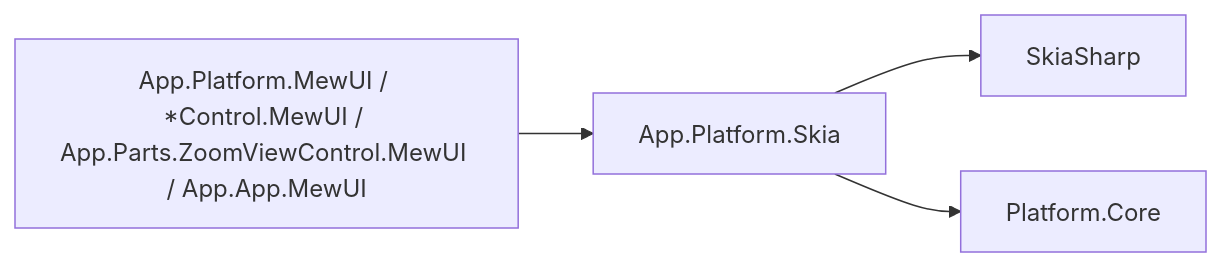
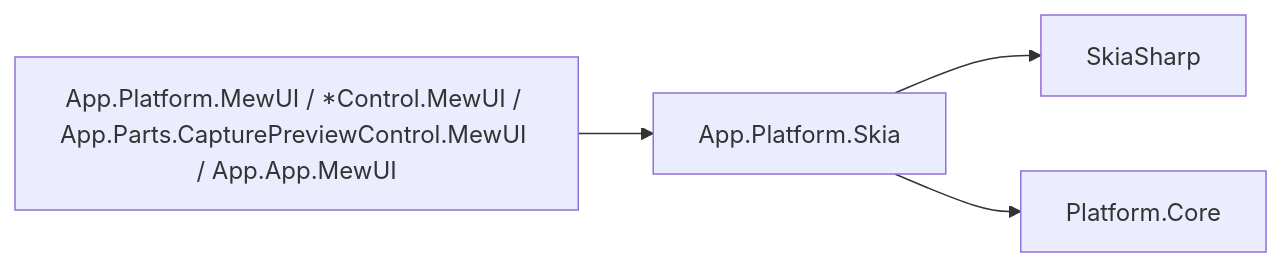
One commit to tomokuni/SaveEvidence changed the first of 4 diagrams in src/App.Platform.Skia/SPEC_System.md. Above: the diagram before and after it, drawn with Mermaid. The commit also changed 203 other files, not shown here.

````diff
--- a/src/App.Platform.Skia/SPEC_System.md
+++ b/src/App.Platform.Skia/SPEC_System.md
@@ -28,11 +28,11 @@
 ```mermaid
 graph LR
-  MEWUI["App.Platform.MewUI / *Control.MewUI / App.Parts.ZoomViewControl.MewUI / App.App.MewUI"]
+  MEWUI["App.Platform.MewUI / *Control.MewUI / App.Parts.CapturePreviewControl.MewUI / App.App.MewUI"]
   S[App.Platform.Skia]
   SK[SkiaSharp]
   PC[Platform.Core]
 
   MEWUI --> S
   S --> SK
   S --> PC
 ```
````
